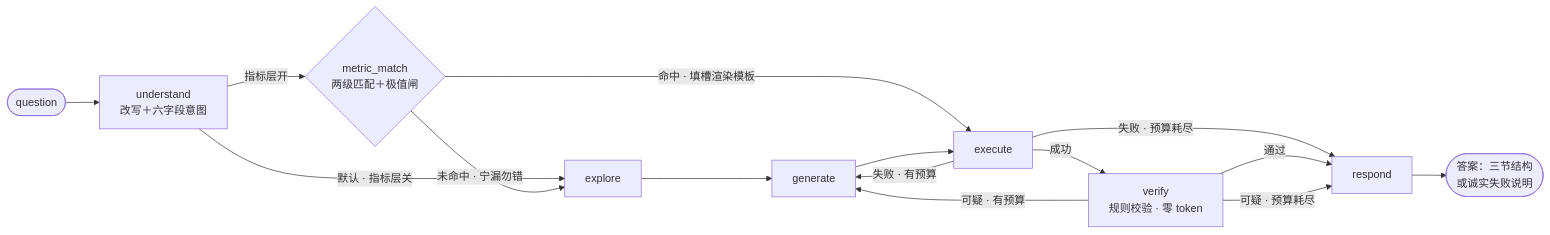
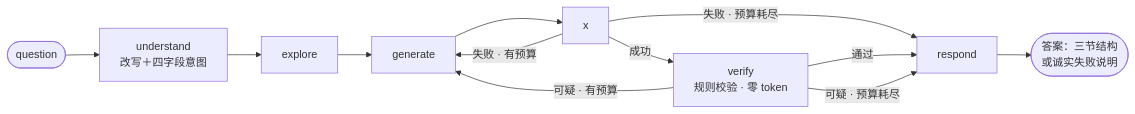
The diagram in README.md (young-0818/qadata), drawn with Mermaid before and after one commit. The commit also changed other lines of this file and 29 other files, not shown here.

````diff
--- a/README.md
+++ b/README.md
@@ -50,17 +50,14 @@
 ```mermaid
 flowchart LR
-    q([question]) --> u[understand<br/>改写＋六字段意图]
-    u -->|默认 · 指标层关| e[explore]
-    u -->|指标层开| mm{metric_match<br/>两级匹配＋极值闸}
-    mm -->|命中 · 填槽渲染模板| x[execute]
-    mm -->|未命中 · 宁漏勿错| e
+    q([question]) --> u[understand<br/>改写＋四字段意图]
+    u --> e[explore]
     e --> g[generate]
     g --> x
     x -->|成功| v[verify<br/>规则校验 · 零 token]
     x -->|失败 · 有预算| g
     x -->|失败 · 预算耗尽| r[respond]
     v -->|通过| r
     v -->|可疑 · 有预算| g
     v -->|可疑 · 预算耗尽| r
     r --> a([答案：三节结构<br/>或诚实失败说明])
 ```
````
